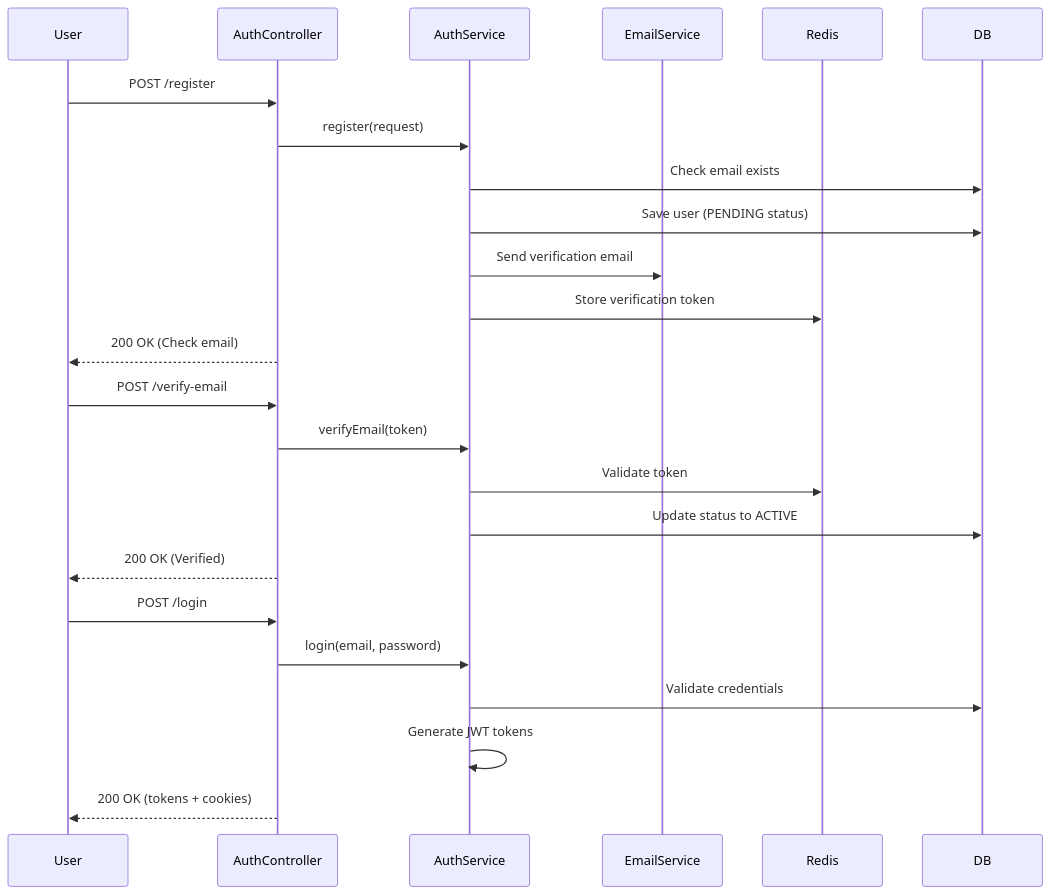
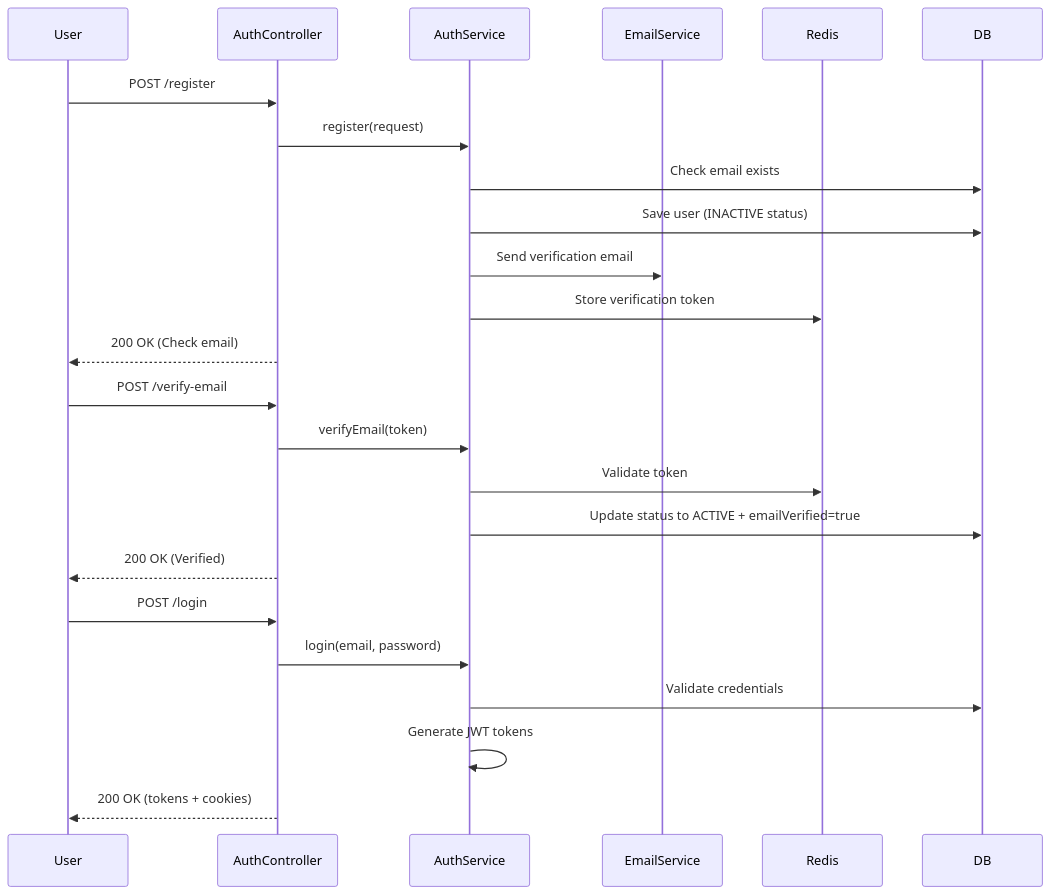
Before and after one commit to Sherllgen/DATN: the second of 4 diagrams in evgo/docs/walkthrough-user-module.md, drawn with Mermaid. The commit also changed other lines of this file and 35 other files, not shown here.

````diff
--- a/evgo/docs/walkthrough-user-module.md
+++ b/evgo/docs/walkthrough-user-module.md
@@ -41,29 +77,29 @@
 ```mermaid
 sequenceDiagram
     participant User
     participant AuthController
     participant AuthService
     participant EmailService
     participant Redis
     participant DB
 
     User->>AuthController: POST /register
     AuthController->>AuthService: register(request)
     AuthService->>DB: Check email exists
-    AuthService->>DB: Save user (PENDING status)
+    AuthService->>DB: Save user (INACTIVE status)
     AuthService->>EmailService: Send verification email
     AuthService->>Redis: Store verification token
     AuthController-->>User: 200 OK (Check email)
 
     User->>AuthController: POST /verify-email
     AuthController->>AuthService: verifyEmail(token)
     AuthService->>Redis: Validate token
-    AuthService->>DB: Update status to ACTIVE
+    AuthService->>DB: Update status to ACTIVE + emailVerified=true
     AuthController-->>User: 200 OK (Verified)
 
     User->>AuthController: POST /login
     AuthController->>AuthService: login(email, password)
     AuthService->>DB: Validate credentials
     AuthService->>AuthService: Generate JWT tokens
     AuthController-->>User: 200 OK (tokens + cookies)
 ```
````
